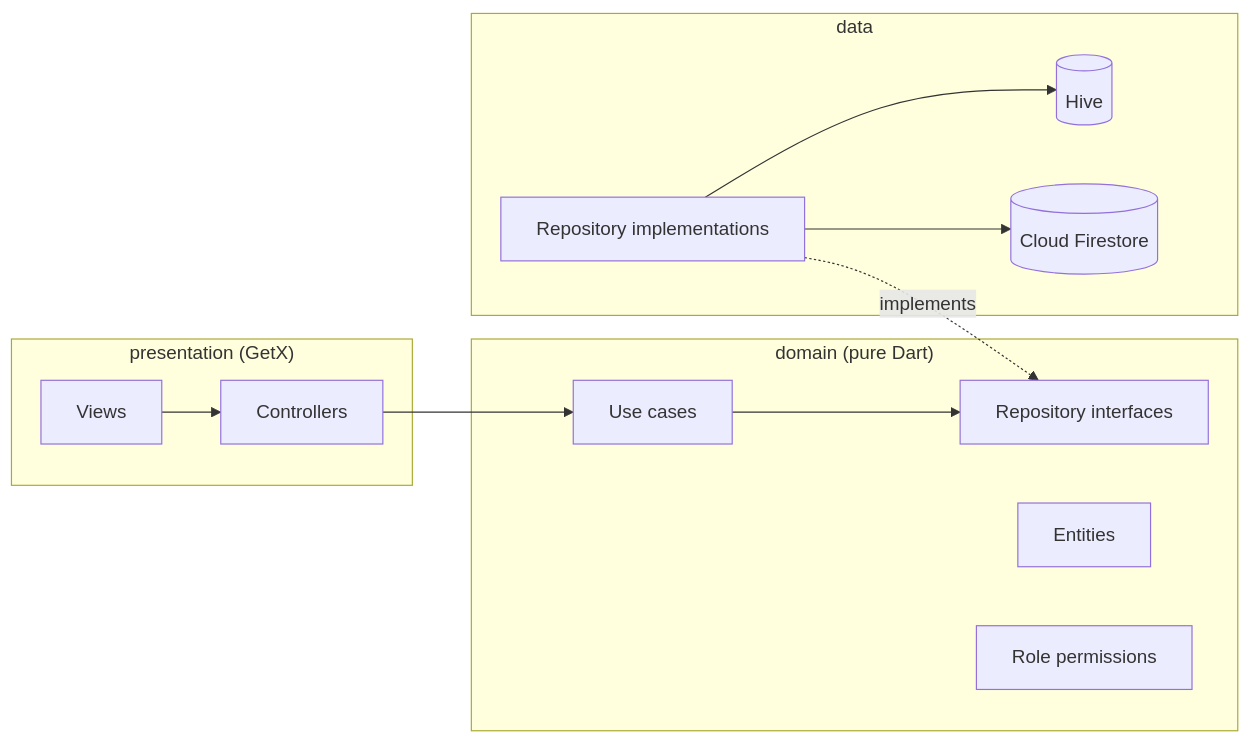
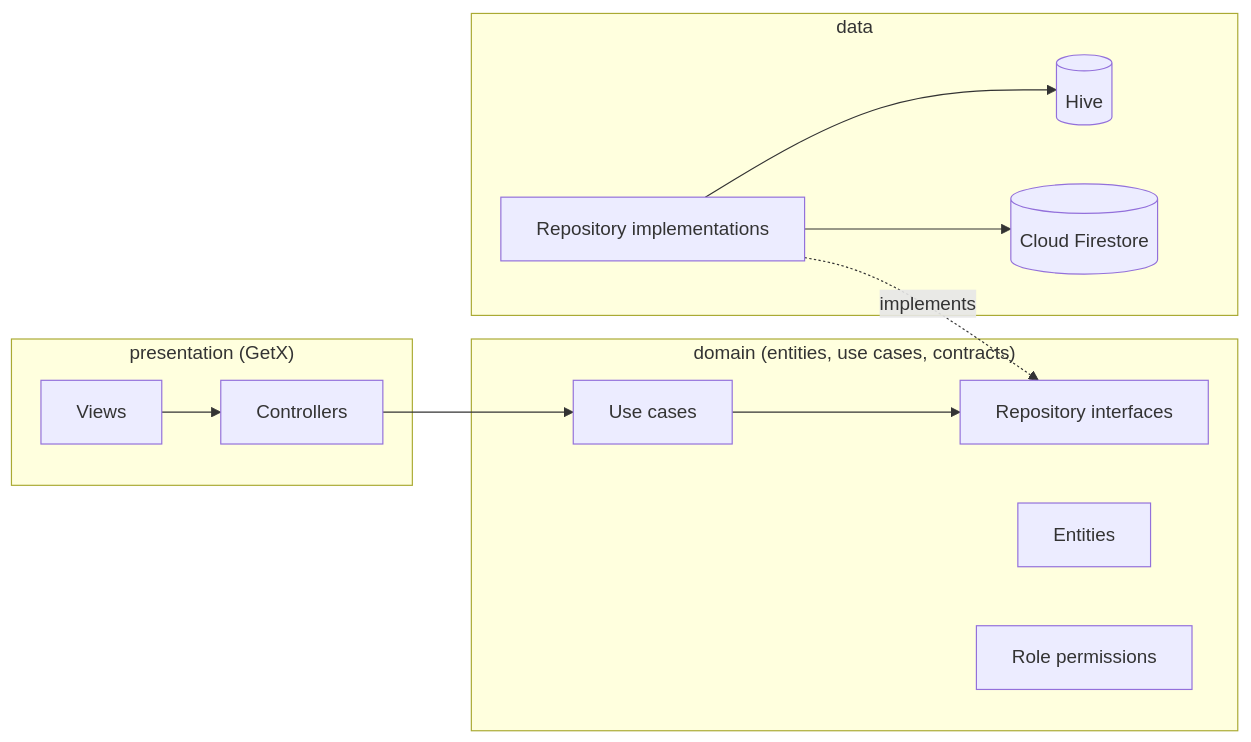
The diagram in README.md (Zyadashraf5/flutter-pos-clean-architecture), drawn with Mermaid before and after one commit. The commit also changed other lines of this file, not shown here.

Commit message:
docs: clarify demo security limits and domain dependencies

````diff
--- a/README.md
+++ b/README.md
@@ -29,17 +31,17 @@
 ```mermaid
 flowchart LR
   subgraph Presentation["presentation (GetX)"]
     V[Views] --> C[Controllers]
   end
-  subgraph Domain["domain (pure Dart)"]
+  subgraph Domain["domain (entities, use cases, contracts)"]
     UC[Use cases] --> RI[Repository interfaces]
     E[Entities]
     P[Role permissions]
   end
   subgraph Data["data"]
     RImpl[Repository implementations] --> L[(Hive)]
     RImpl --> F[(Cloud Firestore)]
   end
   C --> UC
   RImpl -. implements .-> RI
 ```
````
